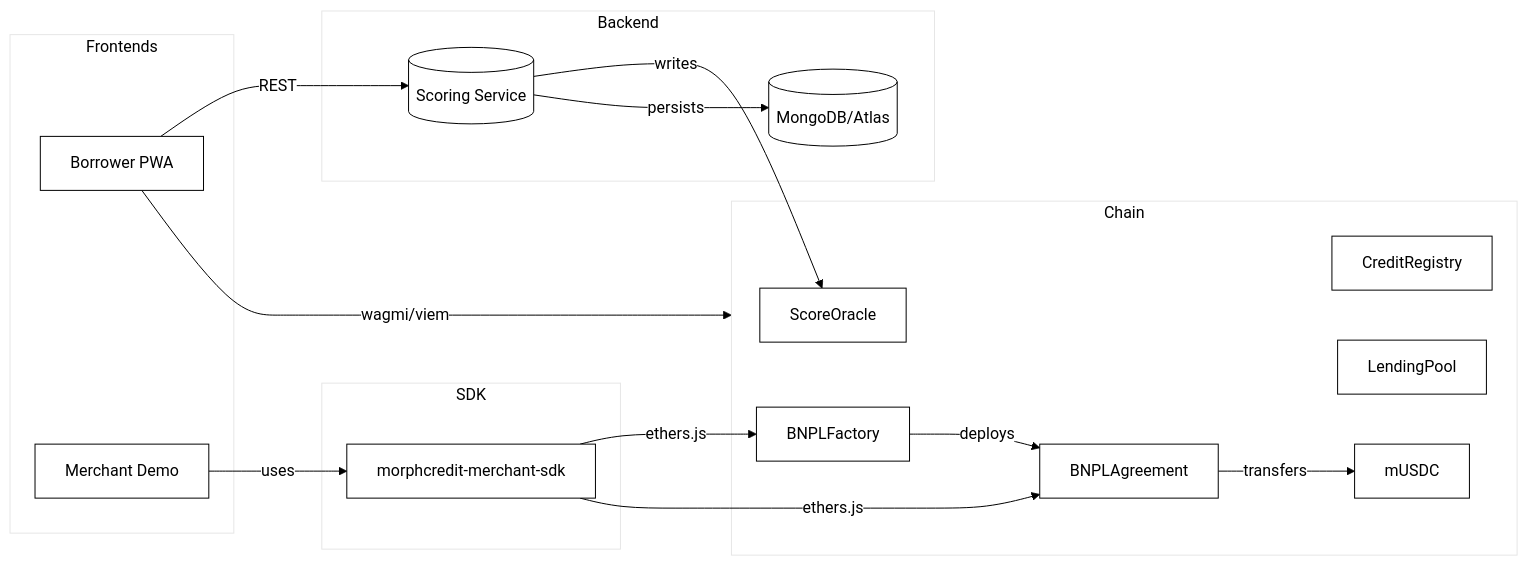
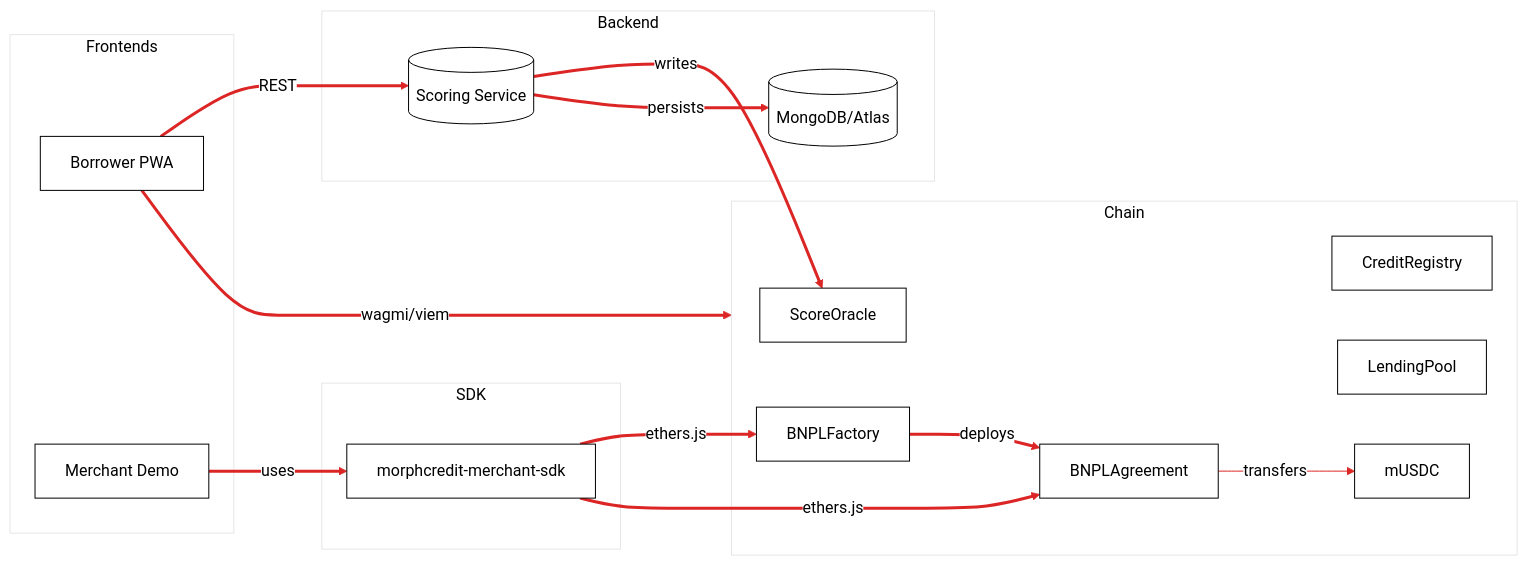
One commit to okwareddevnest/MorphCredit changed the first of 6 diagrams in README.md. Above: the diagram before and after it, drawn with Mermaid. The commit also changed other lines of this file, not shown here.

First line of the commit message:
Update README to enhance diagram clarity and visual consistency

````diff
--- a/README.md
+++ b/README.md
@@ -7,32 +7,41 @@
 ```mermaid
-%%{init: {'theme':'base', 'themeVariables': {'primaryColor': '#ffffff', 'primaryTextColor': '#000000', 'primaryBorderColor': '#000000', 'lineColor': '#000000', 'secondaryColor': '#ffffff', 'tertiaryColor': '#ffffff', 'background': '#ffffff', 'mainBkg': '#ffffff', 'secondBkg': '#ffffff', 'tertiaryBkg': '#ffffff'}}}%%
+%%{init: {'theme':'base', 'themeVariables': {'primaryColor': '#ffffff', 'primaryTextColor': '#000000', 'primaryBorderColor': '#000000', 'lineColor': '#dc2626', 'edgeLabelBackground': '#ffffff', 'clusterBkg': '#ffffff', 'secondaryColor': '#ffffff', 'tertiaryColor': '#ffffff', 'background': '#ffffff', 'mainBkg': '#ffffff', 'secondBkg': '#ffffff', 'tertiaryBkg': '#ffffff'}}}%%
 flowchart LR
   subgraph Frontends
     B[Borrower PWA]
     M[Merchant Demo]
   end
   subgraph SDK
     S["morphcredit-merchant-sdk"]
   end
   subgraph Backend
     SC[(Scoring Service)]
     DB[(MongoDB/Atlas)]
   end
   subgraph Chain
     SO[ScoreOracle]
     CR[CreditRegistry]
     LP[LendingPool]
     BF[BNPLFactory]
     BA[BNPLAgreement]
     MS[mUSDC]
   end
 
   B -- wagmi/viem --> Chain
   M -- uses --> S
   S -- ethers.js --> BF & BA
   B -- REST --> SC
   SC -- writes --> SO
   SC -- persists --> DB
   BF -- deploys --> BA
   BA -- transfers --> MS
+  
+  linkStyle 0 stroke:#dc2626,stroke-width:3px
+  linkStyle 1 stroke:#dc2626,stroke-width:3px
+  linkStyle 2 stroke:#dc2626,stroke-width:3px
+  linkStyle 3 stroke:#dc2626,stroke-width:3px
+  linkStyle 4 stroke:#dc2626,stroke-width:3px
+  linkStyle 5 stroke:#dc2626,stroke-width:3px
+  linkStyle 6 stroke:#dc2626,stroke-width:3px
+  linkStyle 7 stroke:#dc2626,stroke-width:3px
 ```
````
